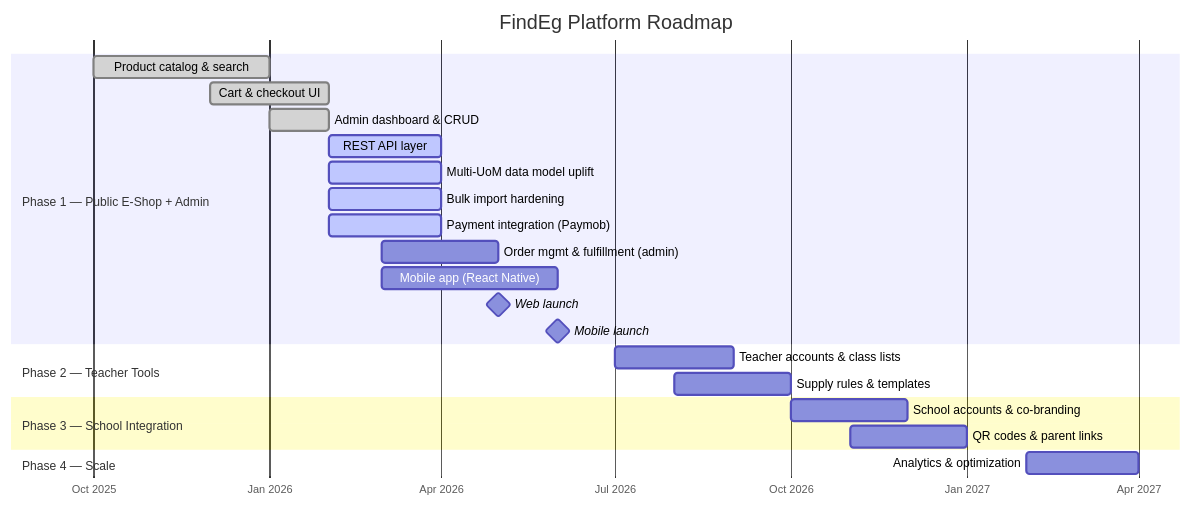
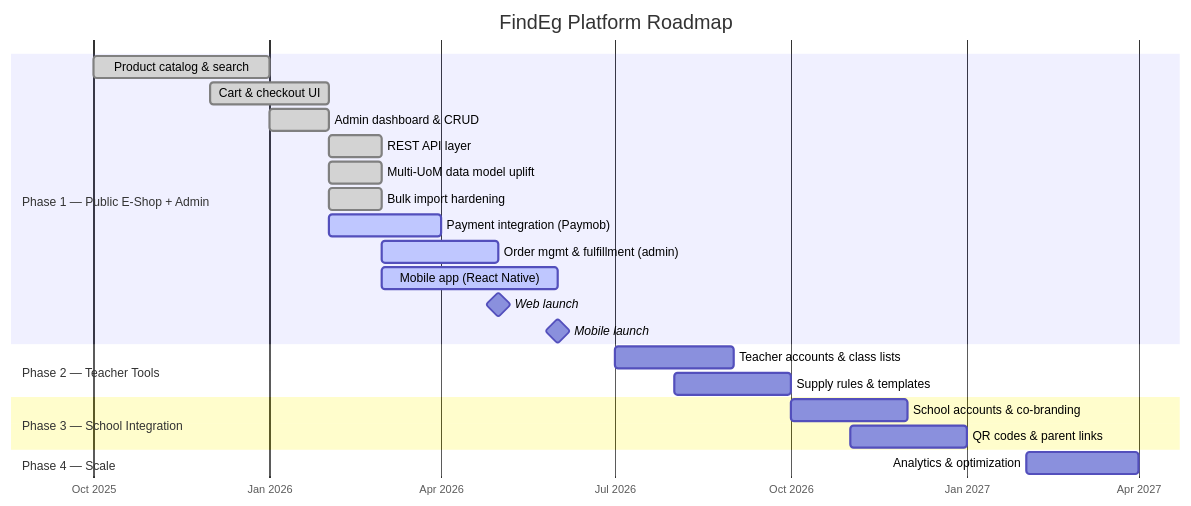
One commit to 3mrhussein/findeg changed the fourth of 20 diagrams in project-planning/SYSTEM_SPECIFICATION.md. Above: the diagram before and after it, drawn with Mermaid. The commit also changed other lines of this file and 134 other files, not shown here.

````diff
--- a/project-planning/SYSTEM_SPECIFICATION.md
+++ b/project-planning/SYSTEM_SPECIFICATION.md
@@ -175,30 +175,30 @@
 ```mermaid
 gantt
     title FindEg Platform Roadmap
     dateFormat YYYY-MM
     axisFormat %b %Y
 
     section Phase 1 — Public E-Shop + Admin
     Product catalog & search          :done, p1a, 2025-10, 2026-01
     Cart & checkout UI                :done, p1b, 2025-12, 2026-02
     Admin dashboard & CRUD            :done, p1c, 2026-01, 2026-02
-    REST API layer                    :active, p1api, 2026-02, 2026-04
-    Multi-UoM data model uplift       :active, p1uom, 2026-02, 2026-04
-    Bulk import hardening             :active, p1imp, 2026-02, 2026-04
+    REST API layer                    :done, p1api, 2026-02, 2026-03
+    Multi-UoM data model uplift       :done, p1uom, 2026-02, 2026-03
+    Bulk import hardening             :done, p1imp, 2026-02, 2026-03
     Payment integration (Paymob)      :active, p1d, 2026-02, 2026-04
-    Order mgmt & fulfillment (admin)  :p1e, 2026-03, 2026-05
-    Mobile app (React Native)         :p1m, 2026-03, 2026-06
+    Order mgmt & fulfillment (admin)  :active, p1e, 2026-03, 2026-05
+    Mobile app (React Native)         :active, p1m, 2026-03, 2026-06
     Web launch                        :milestone, p1f, 2026-05, 0d
     Mobile launch                     :milestone, p1g, 2026-06, 0d
 
     section Phase 2 — Teacher Tools
     Teacher accounts & class lists    :p2a, 2026-07, 2026-09
     Supply rules & templates          :p2b, 2026-08, 2026-10
 
     section Phase 3 — School Integration
     School accounts & co-branding     :p3a, 2026-10, 2026-12
     QR codes & parent links           :p3b, 2026-11, 2027-01
 
     section Phase 4 — Scale
     Analytics & optimization          :p4a, 2027-02, 2027-04
 ```
````
